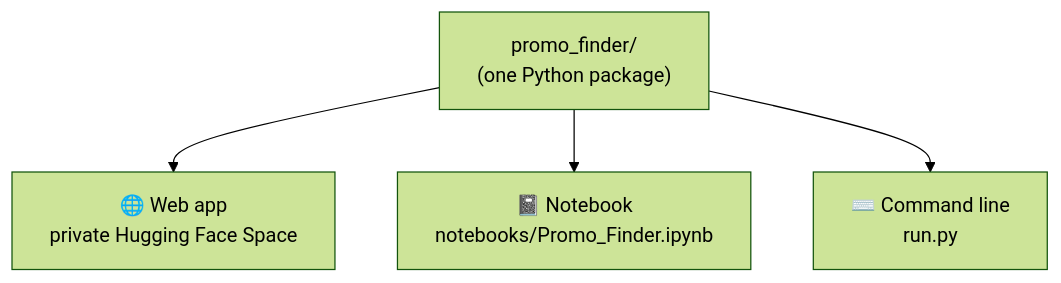
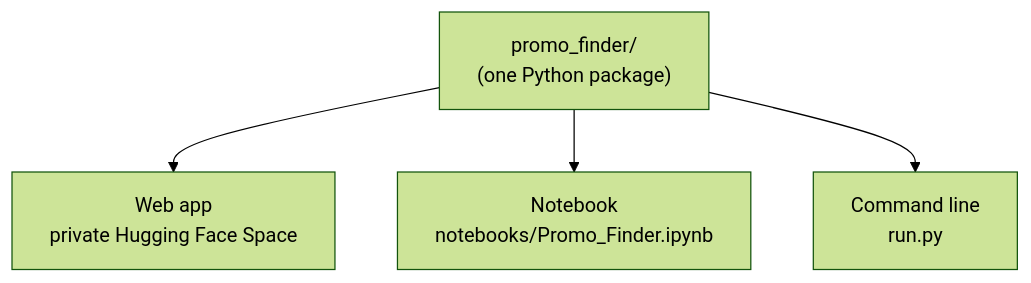
The fourth of 5 diagrams in README.md (Arnavdsp/kuku-promo-finder), drawn with Mermaid (forest theme) before and after one commit. The commit also changed other lines of this file and 1 other file, not shown here.

````diff
--- a/README.md
+++ b/README.md
@@ -97,7 +97,7 @@
 ```mermaid
 flowchart TB
     P["promo_finder/<br/>(one Python package)"]
-    P --> W["🌐 Web app<br/>private Hugging Face Space"]
-    P --> N["📓 Notebook<br/>notebooks/Promo_Finder.ipynb"]
-    P --> C["⌨️ Command line<br/>run.py"]
+    P --> W["Web app<br/>private Hugging Face Space"]
+    P --> N["Notebook<br/>notebooks/Promo_Finder.ipynb"]
+    P --> C["Command line<br/>run.py"]
 ```
````
